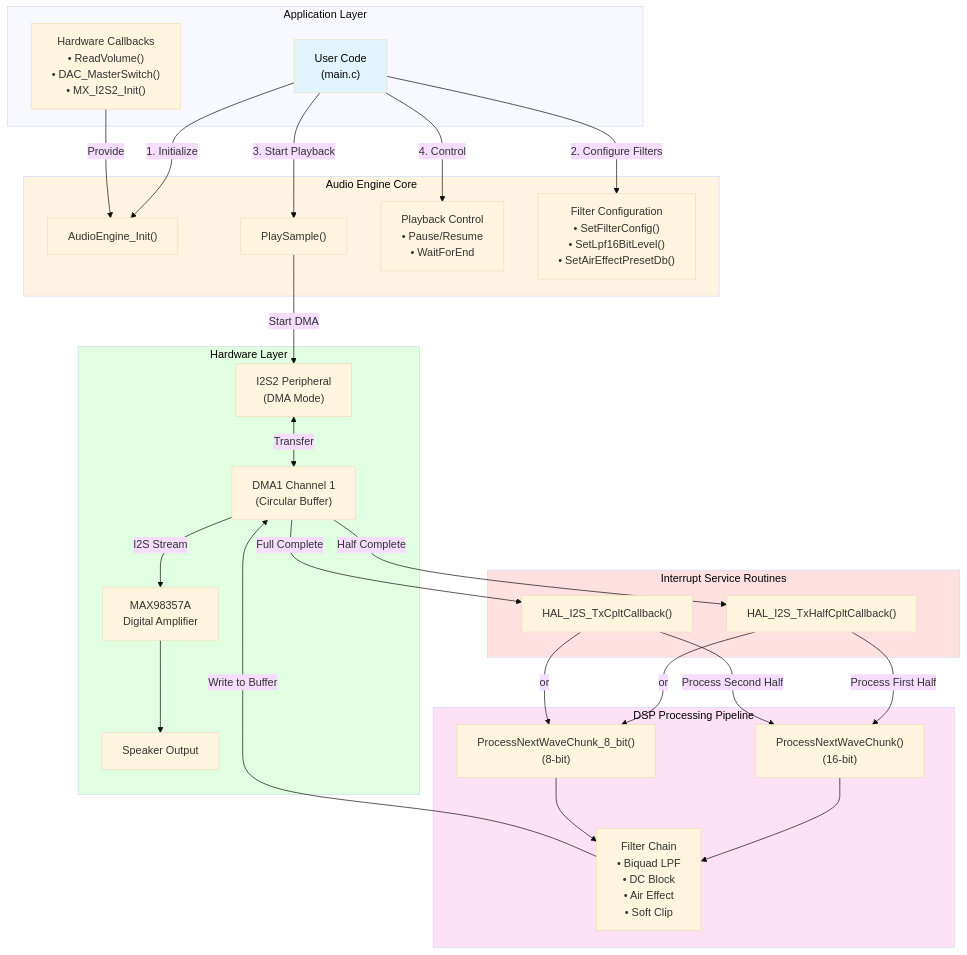
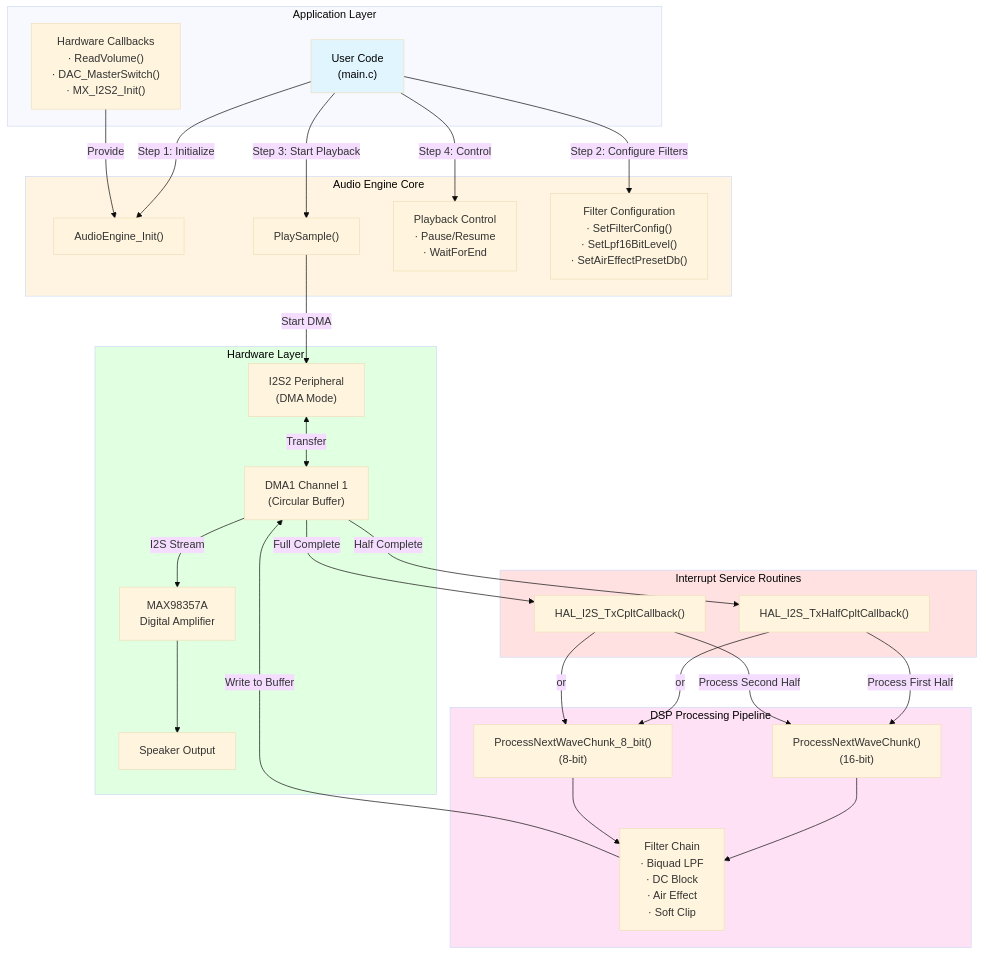
The first of 10 diagrams in Application/CR2-VSCode/Docs/site/assets/docs/AUDIO_ENGINE_FLOWCHART.md (JennyDigital/Doorchime-CR2-VSCode), drawn with Mermaid (base theme) before and after one commit. The commit also changed other lines of this file and 21 other files, not shown here.

````diff
--- a/Application/CR2-VSCode/Docs/site/assets/docs/AUDIO_ENGINE_FLOWCHART.md
+++ b/Application/CR2-VSCode/Docs/site/assets/docs/AUDIO_ENGINE_FLOWCHART.md
@@ -7,62 +7,62 @@
 ```mermaid
 flowchart TB
   subgraph Application["Application Layer"]
     User["User Code<br/>(main.c)"]
-    Callbacks["Hardware Callbacks<br/>• ReadVolume()<br/>• DAC_MasterSwitch()<br/>• MX_I2S2_Init()"]
+    Callbacks["Hardware Callbacks<br/>&middot; ReadVolume()<br/>&middot; DAC_MasterSwitch()<br/>&middot; MX_I2S2_Init()"]
   end
 
   subgraph Engine["Audio Engine Core"]
     Init["AudioEngine_Init()"]
     Play["PlaySample()"]
-    Control["Playback Control<br/>• Pause/Resume<br/>• WaitForEnd"]
-    Config["Filter Configuration<br/>• SetFilterConfig()<br/>• SetLpf16BitLevel()<br/>• SetAirEffectPresetDb()"]
+    Control["Playback Control<br/>&middot; Pause/Resume<br/>&middot; WaitForEnd"]
+    Config["Filter Configuration<br/>&middot; SetFilterConfig()<br/>&middot; SetLpf16BitLevel()<br/>&middot; SetAirEffectPresetDb()"]
   end
 
   subgraph DSP["DSP Processing Pipeline"]
     Process16["ProcessNextWaveChunk()<br/>(16-bit)"]
     Process8["ProcessNextWaveChunk_8_bit()<br/>(8-bit)"]
-    Filters["Filter Chain<br/>• Biquad LPF<br/>• DC Block<br/>• Air Effect<br/>• Soft Clip"]
+    Filters["Filter Chain<br/>&middot; Biquad LPF<br/>&middot; DC Block<br/>&middot; Air Effect<br/>&middot; Soft Clip"]
   end
 
   subgraph Hardware["Hardware Layer"]
     I2S["I2S2 Peripheral<br/>(DMA Mode)"]
     DMA["DMA1 Channel 1<br/>(Circular Buffer)"]
     DAC["MAX98357A<br/>Digital Amplifier"]
     Speaker["Speaker Output"]
   end
 
   subgraph ISR["Interrupt Service Routines"]
     HalfCplt["HAL_I2S_TxHalfCpltCallback()"]
     FullCplt["HAL_I2S_TxCpltCallback()"]
   end
 
-  User -->|"1. Initialize"| Init
+  User -->|"Step 1: Initialize"| Init
   Callbacks -->|"Provide"| Init
-  User -->|"2. Configure Filters"| Config
-  User -->|"3. Start Playback"| Play
-  User -->|"4. Control"| Control
+  User -->|"Step 2: Configure Filters"| Config
+  User -->|"Step 3: Start Playback"| Play
+  User -->|"Step 4: Control"| Control
 
   Play -->|"Start DMA"| I2S
   I2S <-->|"Transfer"| DMA
   
   DMA -->|"Half Complete"| HalfCplt
   DMA -->|"Full Complete"| FullCplt
   
   HalfCplt -->|"Process First Half"| Process16
   HalfCplt -->|"or"| Process8
   FullCplt -->|"Process Second Half"| Process16
   FullCplt -->|"or"| Process8
   
   Process16 --> Filters
   Process8 --> Filters
   
   Filters -->|"Write to Buffer"| DMA
   DMA -->|"I2S Stream"| DAC
   DAC --> Speaker
 
   style User fill:#e1f5ff,color:#000000
   style Engine fill:#fff4e1,color:#000000
   style DSP fill:#ffe1f5,color:#000000
   style Hardware fill:#e1ffe1,color:#000000
   style ISR fill:#ffe1e1,color:#000000
 ```
````
